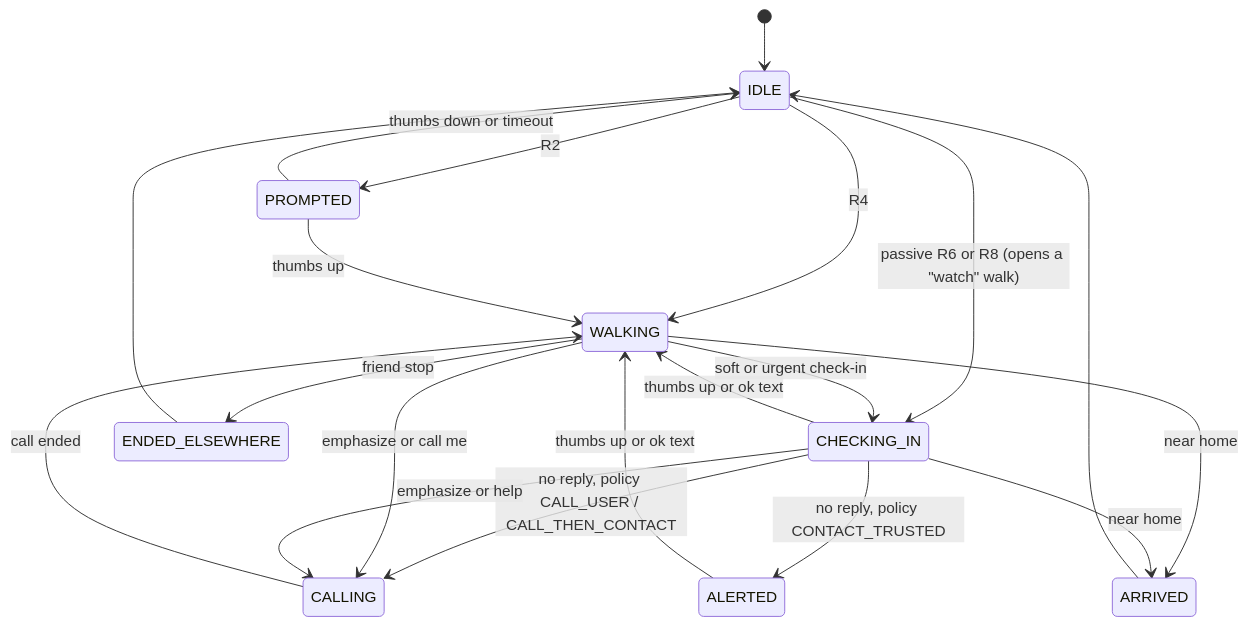
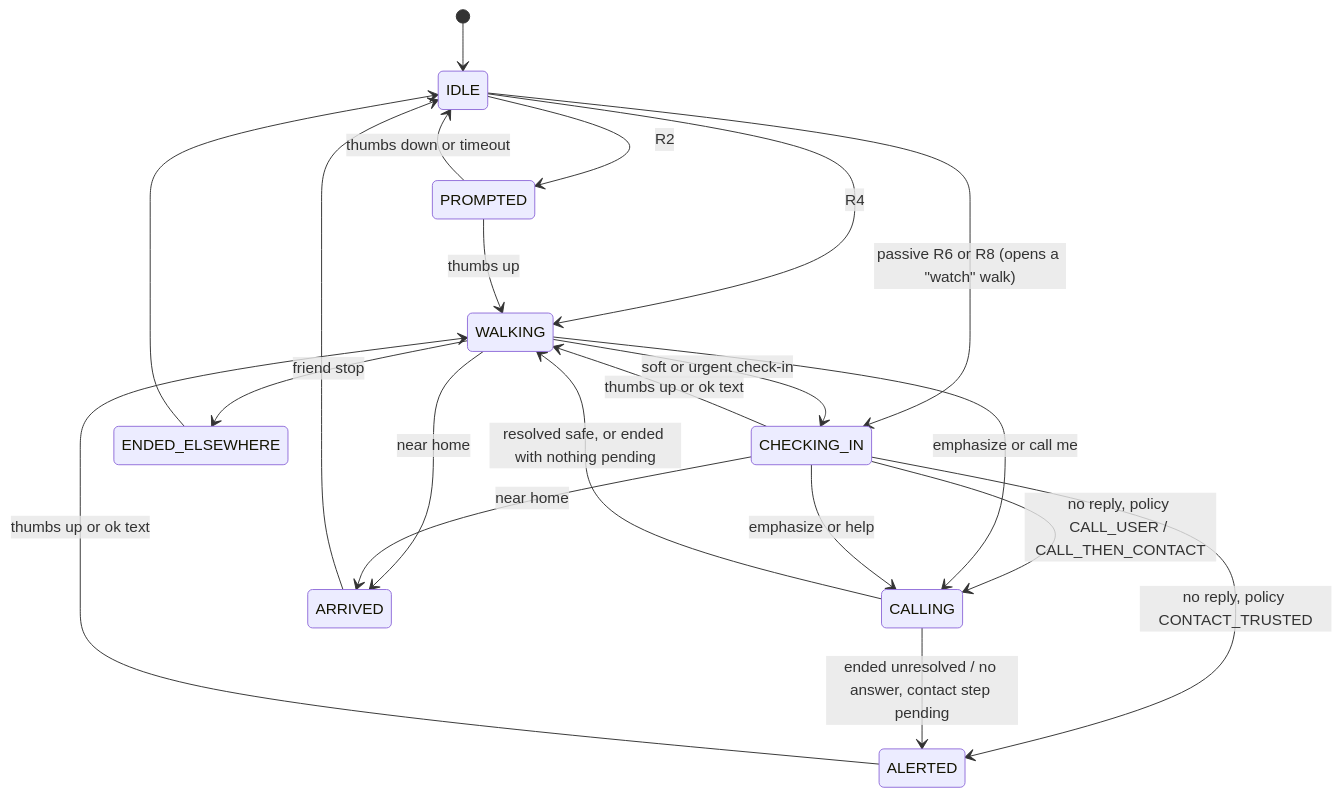
Before and after one commit to jcc-kh/nook: the second of 2 diagrams in CONTEXT.md, drawn with Mermaid. The commit also changed other lines of this file and 27 other files, not shown here.

````diff
--- a/CONTEXT.md
+++ b/CONTEXT.md
@@ -85,22 +87,23 @@
 ```mermaid
 stateDiagram-v2
   [*] --> IDLE
   IDLE --> PROMPTED: R2
   IDLE --> WALKING: R4
   IDLE --> CHECKING_IN: passive R6 or R8 (opens a "watch" walk)
   PROMPTED --> WALKING: thumbs up
   PROMPTED --> IDLE: thumbs down or timeout
   WALKING --> CHECKING_IN: soft or urgent check-in
   CHECKING_IN --> WALKING: thumbs up or ok text
   CHECKING_IN --> ALERTED: no reply, policy CONTACT_TRUSTED
   CHECKING_IN --> CALLING: no reply, policy CALL_USER / CALL_THEN_CONTACT
   ALERTED --> WALKING: thumbs up or ok text
   WALKING --> CALLING: emphasize or call me
   CHECKING_IN --> CALLING: emphasize or help
-  CALLING --> WALKING: call ended
+  CALLING --> WALKING: resolved safe, or ended with nothing pending
+  CALLING --> ALERTED: ended unresolved / no answer, contact step pending
   WALKING --> ARRIVED: near home
   CHECKING_IN --> ARRIVED: near home
   WALKING --> ENDED_ELSEWHERE: friend stop
   ARRIVED --> IDLE
   ENDED_ELSEWHERE --> IDLE
 ```
````
